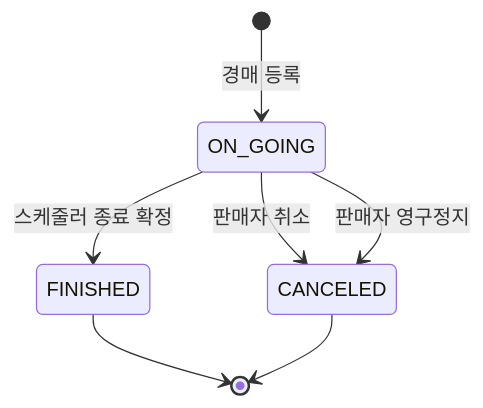
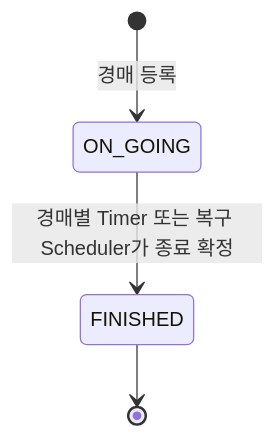
Before and after one commit to hurwan0629/potato-land: the second of 2 diagrams in docs/Potato-Land-Docs/03. 상태와 정책/도메인 상태 목록.md, drawn with Mermaid. The commit also changed other lines of this file and 27 other files, not shown here.

Commit message:
docs: update docs and synchronize with front flow

````diff
--- a/docs/Potato-Land-Docs/03. 상태와 정책/도메인 상태 목록.md
+++ b/docs/Potato-Land-Docs/03. 상태와 정책/도메인 상태 목록.md
@@ -77,9 +95,6 @@
 ```mermaid
 stateDiagram-v2
     [*] --> ON_GOING: 경매 등록
-    ON_GOING --> FINISHED: 스케줄러 종료 확정
-    ON_GOING --> CANCELED: 판매자 취소
-    ON_GOING --> CANCELED: 판매자 영구정지
+    ON_GOING --> FINISHED: 경매별 Timer 또는 복구 Scheduler가 종료 확정
     FINISHED --> [*]
-    CANCELED --> [*]
 ```
````
